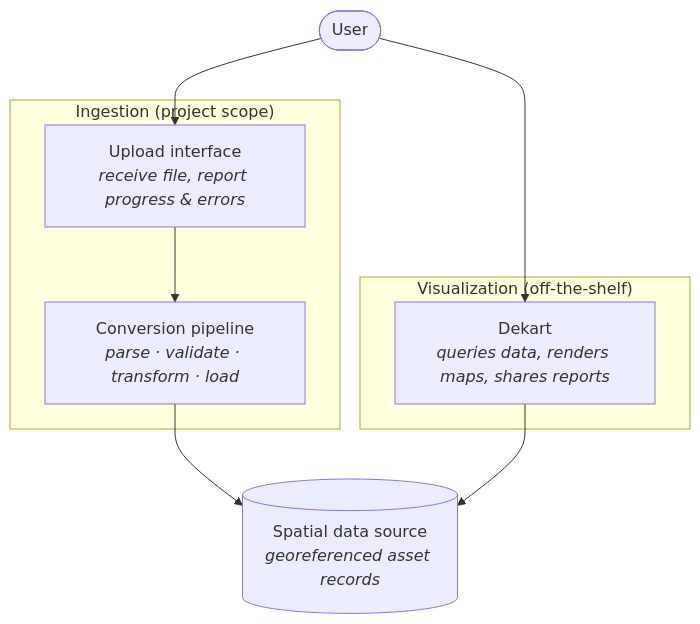
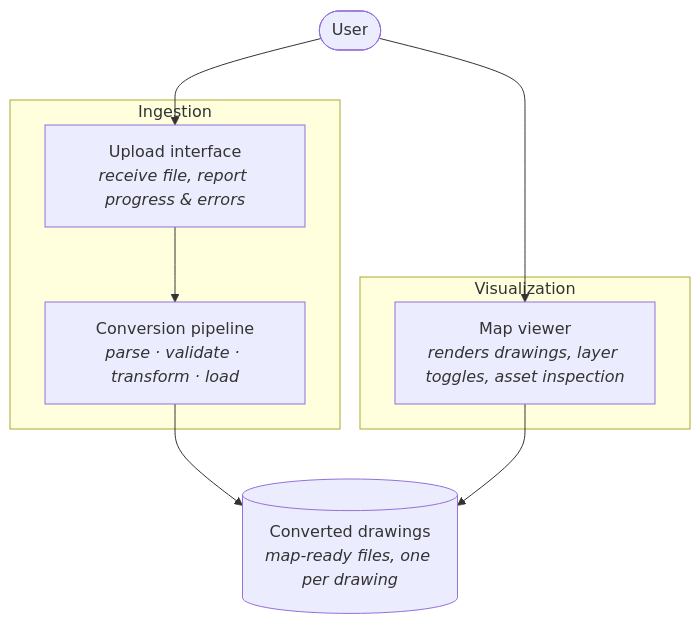
One commit to Peterie/NLCSWebViewer changed the first of 3 diagrams in docs/spec/03-system-architecture.md. Above: the diagram before and after it, drawn with Mermaid. The commit also changed other lines of this file and 8 other files, not shown here.

````diff
--- a/docs/spec/03-system-architecture.md
+++ b/docs/spec/03-system-architecture.md
@@ -25,19 +28,19 @@
 ```mermaid
 flowchart TD
-    subgraph ingestion ["Ingestion (project scope)"]
+    subgraph ingestion ["Ingestion"]
         upload["Upload interface<br/><i>receive file, report progress & errors</i>"]
         pipeline["Conversion pipeline<br/><i>parse · validate · transform · load</i>"]
     end
 
-    store[("Spatial data source<br/><i>georeferenced asset records</i>")]
+    store[("Converted drawings<br/><i>map-ready files, one per drawing</i>")]
 
-    subgraph viewing ["Visualization (off-the-shelf)"]
-        dekart["Dekart<br/><i>queries data, renders maps, shares reports</i>"]
+    subgraph viewing ["Visualization"]
+        viewer["Map viewer<br/><i>renders drawings, layer toggles, asset inspection</i>"]
     end
 
     user(["User"]) --> upload
     upload --> pipeline
     pipeline --> store
-    dekart --> store
-    user --> dekart
+    viewer --> store
+    user --> viewer
 ```
````
